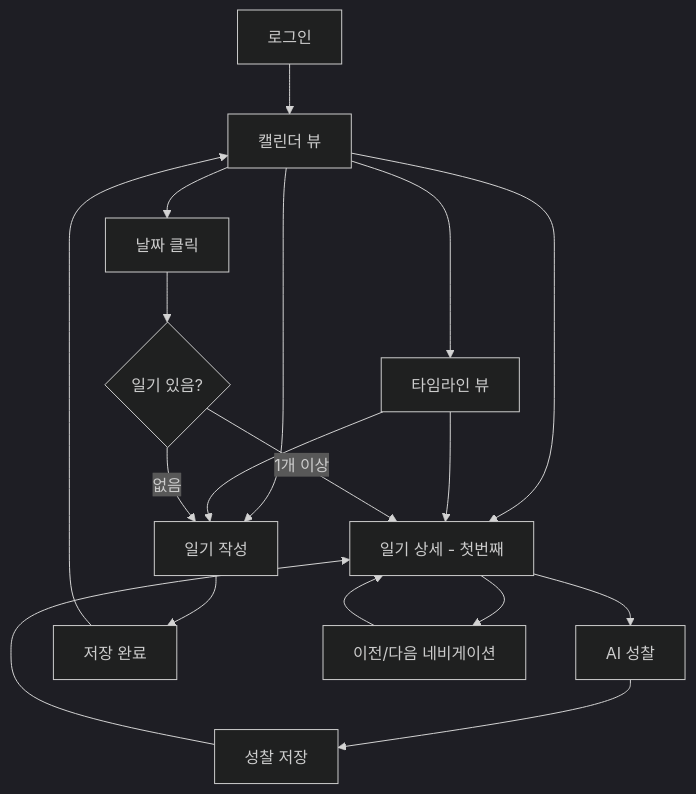
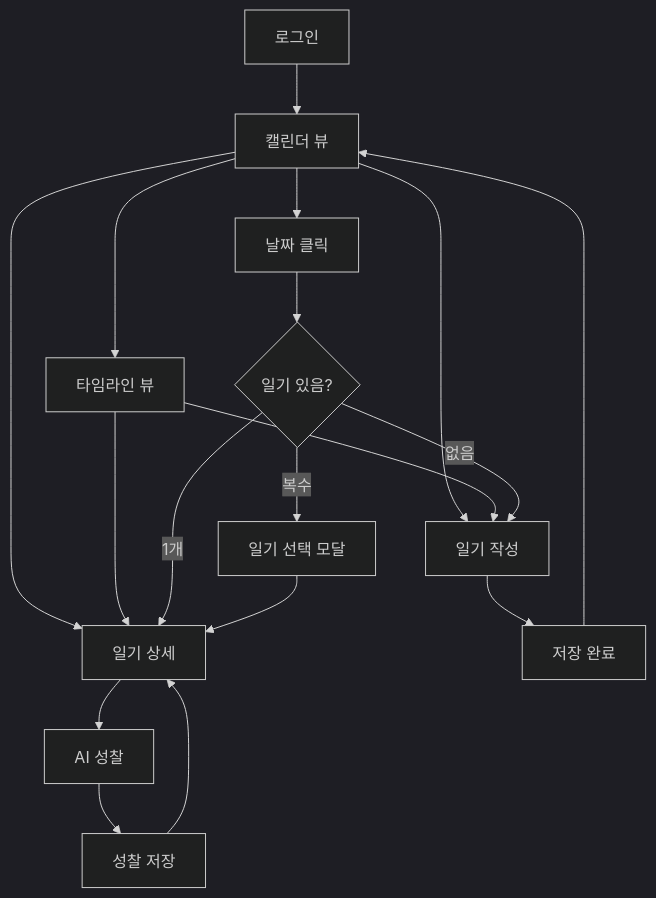
One commit to polarais/haru changed the diagram in document/요건_정의서.md. Above: the diagram before and after it, drawn with Mermaid (dark theme). The commit also changed other lines of this file and 1 other file, not shown here.

````diff
--- a/document/요건_정의서.md
+++ b/document/요건_정의서.md
@@ -82,21 +84,21 @@
 ```mermaid
 graph TD
     A[로그인] --> B[캘린더 뷰]
     B --> C[타임라인 뷰]
     B --> D[일기 작성]
     C --> D
     B --> E[일기 상세]
     C --> E
     E --> F[AI 성찰]
     D --> G[저장 완료]
     G --> B
     F --> H[성찰 저장]
     H --> E
     
     B --> I[날짜 클릭]
     I --> J{일기 있음?}
     J -->|없음| D
-    J -->|1개 이상| E[일기 상세 - 첫번째]
-    E --> L[이전/다음 네비게이션]
-    L --> E
+    J -->|1개| E
+    J -->|복수| K[일기 선택 모달]
+    K --> E
 ```
````
